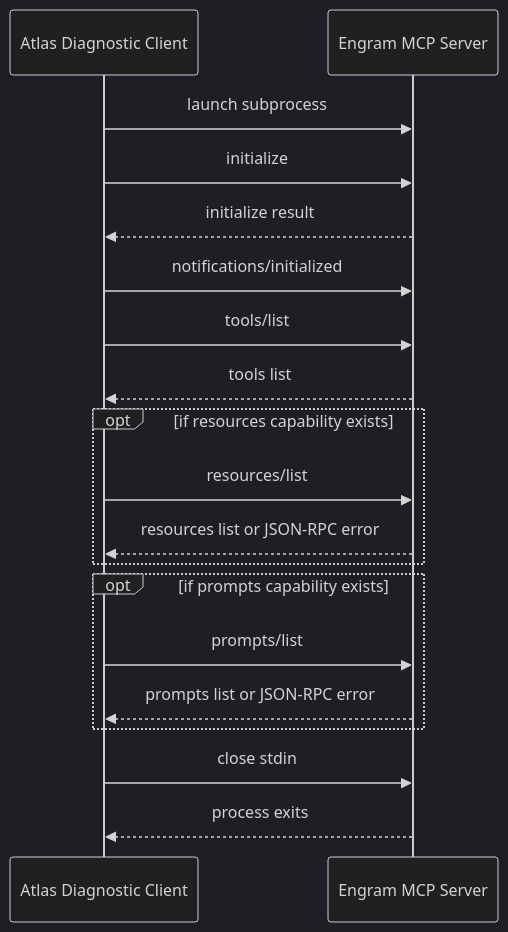
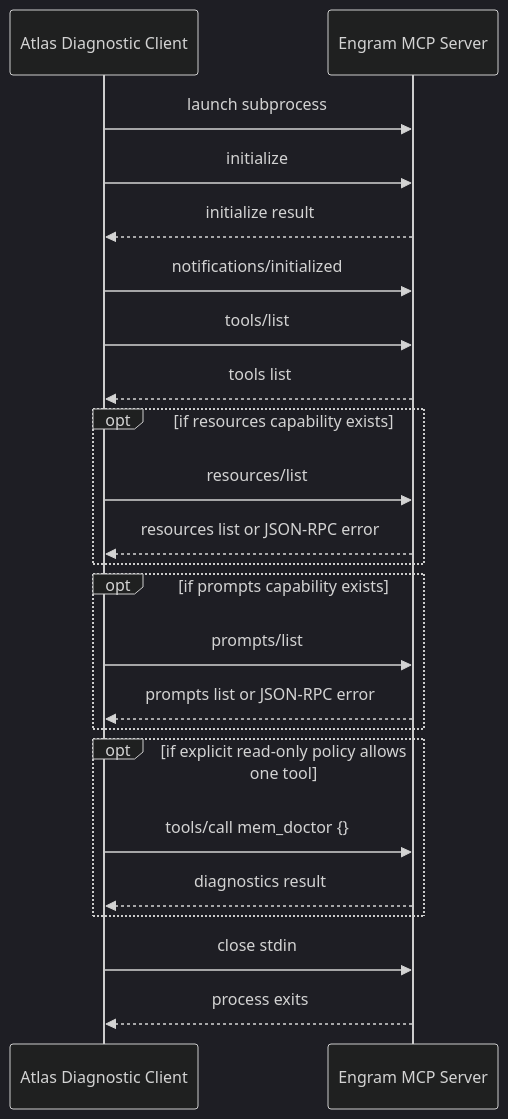
One commit to lkswally/CodexAtlas changed the diagram in docs/mcp_protocol_validation_v1.md. Above: the diagram before and after it, drawn with Mermaid (dark theme). The commit also changed other lines of this file and 4 other files, not shown here.

Commit message:
tools: add MCP read-only tool call diagnostics

````diff
--- a/docs/mcp_protocol_validation_v1.md
+++ b/docs/mcp_protocol_validation_v1.md
@@ -155,21 +165,25 @@
 ```mermaid
 sequenceDiagram
     participant Atlas as Atlas Diagnostic Client
     participant MCP as Engram MCP Server
     Atlas->>MCP: launch subprocess
     Atlas->>MCP: initialize
     MCP-->>Atlas: initialize result
     Atlas->>MCP: notifications/initialized
     Atlas->>MCP: tools/list
     MCP-->>Atlas: tools list
     opt if resources capability exists
         Atlas->>MCP: resources/list
         MCP-->>Atlas: resources list or JSON-RPC error
     end
     opt if prompts capability exists
         Atlas->>MCP: prompts/list
         MCP-->>Atlas: prompts list or JSON-RPC error
     end
+    opt if explicit read-only policy allows one tool
+        Atlas->>MCP: tools/call mem_doctor {}
+        MCP-->>Atlas: diagnostics result
+    end
     Atlas->>MCP: close stdin
     MCP-->>Atlas: process exits
 ```
````
